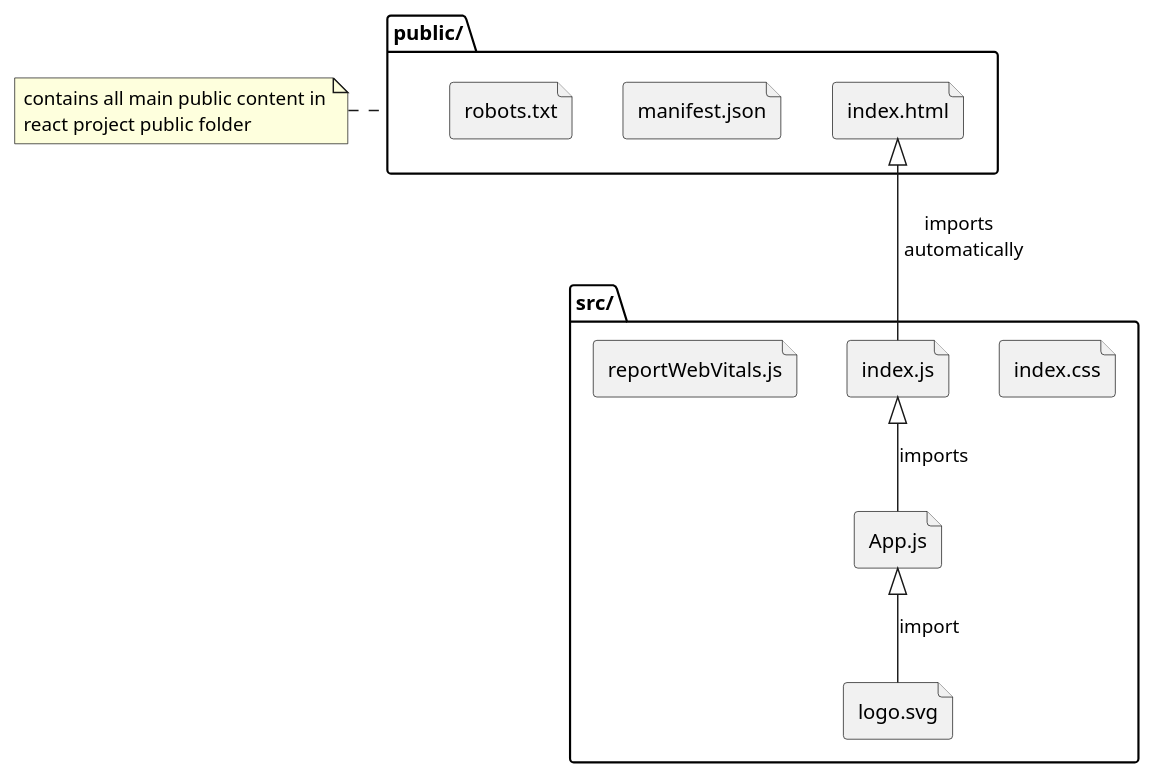
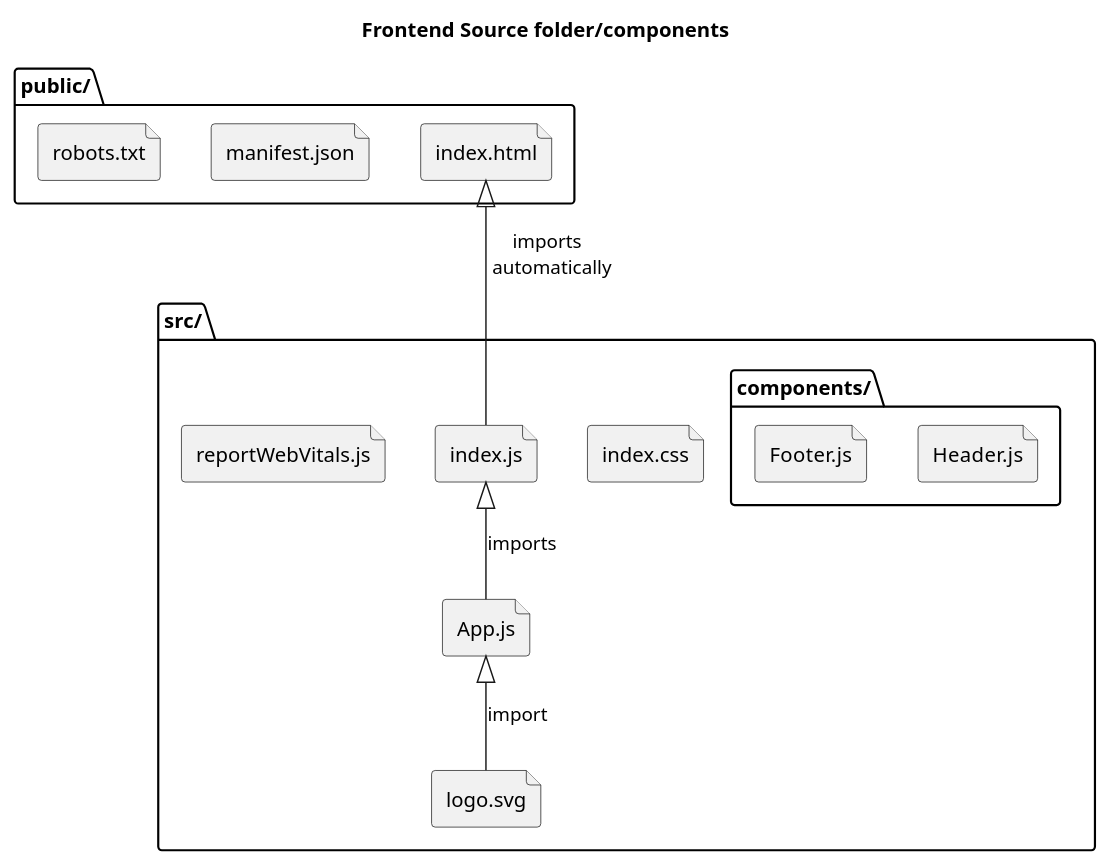
The second of 2 diagrams in README.md (DavidHartman-Personal/djangoProject), drawn with PlantUML before and after one commit. The commit also changed 3 other files, not shown here.

Commit message:
Added headers, footers and a documentation folder to hold plantuml files.

````diff
--- a/README.md
+++ b/README.md
@@ -116,58 +134,28 @@
 ```plantuml
 @startuml
+
+Title Frontend Source folder/components
 
 folder "public/" as public_folder {
   file index.html as index
   file manifest.json as manifest
   file robots.txt as robots
 }
 
-note left of public_folder
-  contains all main public content in
-  react project public folder
-end note
-
 package "src/" as source_folder {
   file App.js as App.js
-'  file App.css as App.css
   file index.css as index.css
-'  file App.test.js as App.test.js
   file index.js as index.js
   file reportWebVitals.js as reportWebVitals.js
-'  file setupTests.js as setupTests.js
   file logo.svg as logo.svg
+  package "components/" as components_folder {
+     file Header.js as Header.js
+     file Footer.js as Footer.js
+  }
 }
 
 
 App.js <|-- logo.svg : import
 index <|-- index.js : imports \n automatically
 index.js <|-- App.js : imports
-
-'App.js : App()
-
-'node "Other Groups" {
-'  FTP - [Second Component]
-'  [First Component] --> FTP
-'}
-
-'cloud {
-'  [Example 1]
-'}
-
-
-'database "MySql" {
-'  folder "This is my folder" {
-'    [Folder 3]
-'  }
-'  frame "Foo" {
-'    [Frame 4]
-'  }
-'}
-
-
-'[Another Component] --> [Example 1]
-'[Example 1] --> [Folder 3]
-'[Folder 3] --> [Frame 4]'
-
-@enduml
 ```
````
